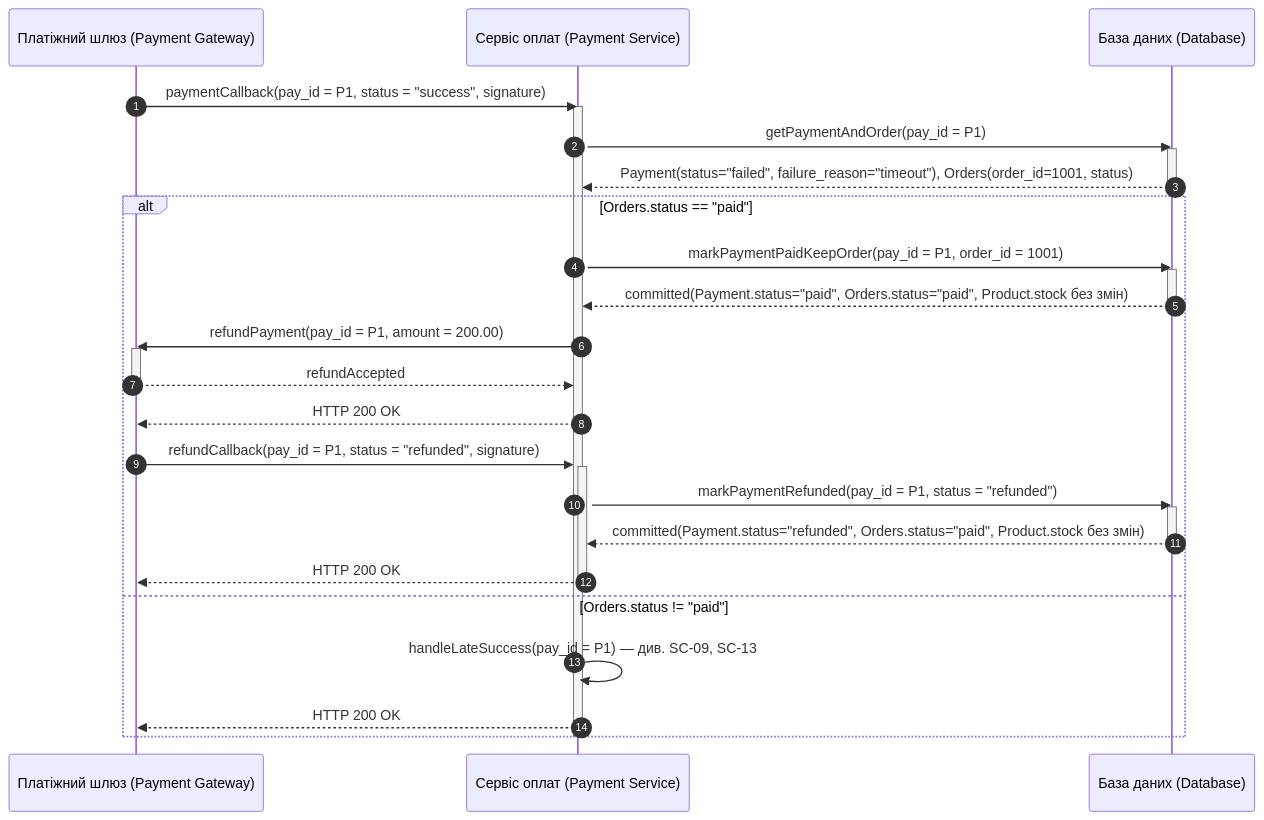
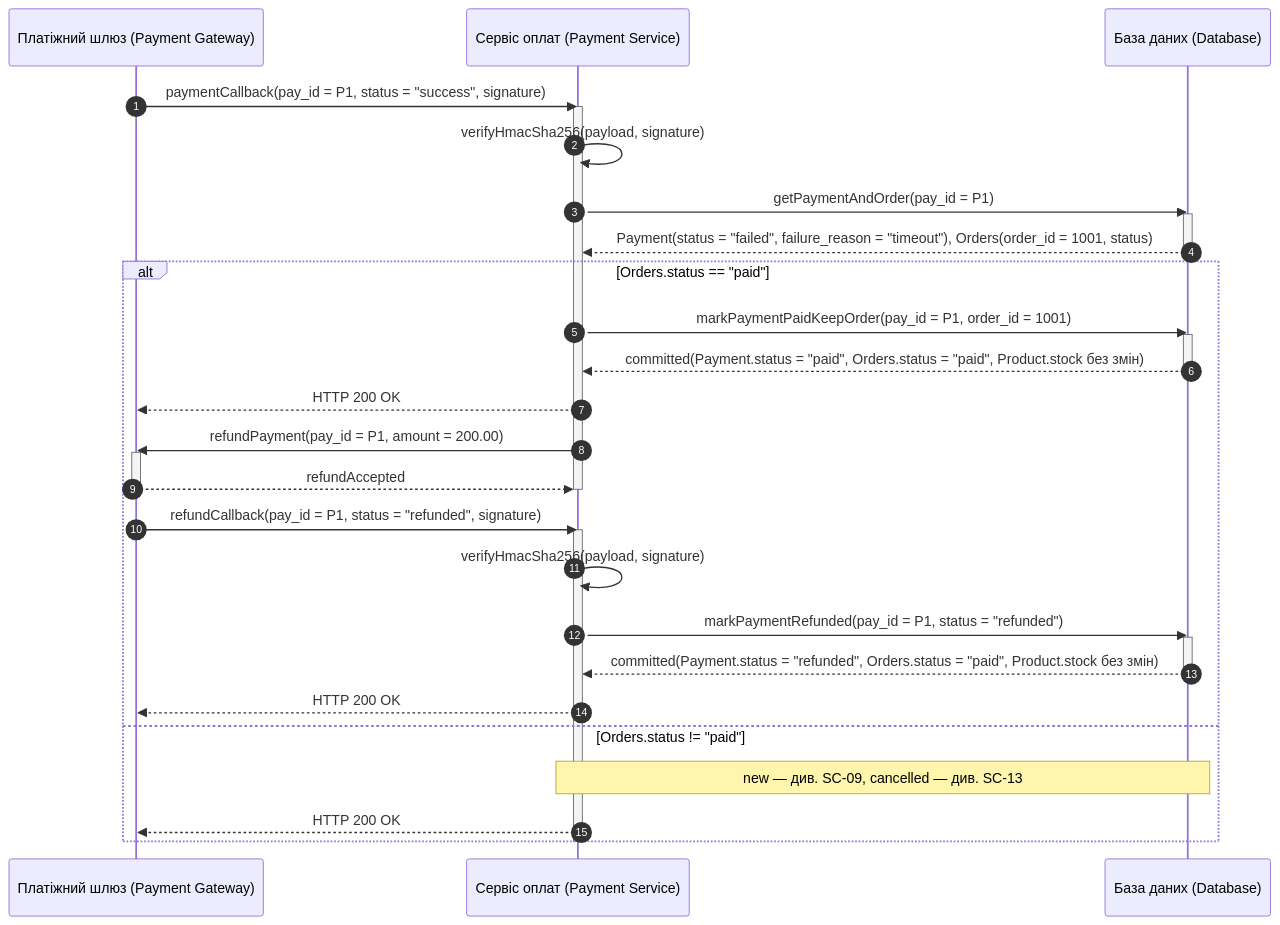
One commit to hutnichs/KPI_MAVPZ changed diagram 12 of 15 in Lab3/diagram.md. Above: the diagram before and after it, drawn with Mermaid. The commit also changed other lines of this file and 1 other file, not shown here.

Commit message:
Updated payment callback, error messages and prompt added

````diff
--- a/Lab3/diagram.md
+++ b/Lab3/diagram.md
@@ -420,40 +486,41 @@
 ```mermaid
 sequenceDiagram
     autonumber
     participant PGW as Платіжний шлюз (Payment Gateway)
     participant PS as Сервіс оплат (Payment Service)
     participant DB as База даних (Database)
 
     PGW->>PS: paymentCallback(pay_id = P1, status = "success", signature)
     activate PS
+    PS->>PS: verifyHmacSha256(payload, signature)
     PS->>DB: getPaymentAndOrder(pay_id = P1)
     activate DB
-    DB-->>PS: Payment(status="failed", failure_reason="timeout"), Orders(order_id=1001, status)
+    DB-->>PS: Payment(status = "failed", failure_reason = "timeout"), Orders(order_id = 1001, status)
     deactivate DB
 
     alt Orders.status == "paid"
         PS->>DB: markPaymentPaidKeepOrder(pay_id = P1, order_id = 1001)
         activate DB
-        DB-->>PS: committed(Payment.status="paid", Orders.status="paid", Product.stock без змін)
+        DB-->>PS: committed(Payment.status = "paid", Orders.status = "paid", Product.stock без змін)
         deactivate DB
-
+        PS-->>PGW: HTTP 200 OK
         PS->>PGW: refundPayment(pay_id = P1, amount = 200.00)
         activate PGW
         PGW-->>PS: refundAccepted
         deactivate PGW
-        PS-->>PGW: HTTP 200 OK
+        deactivate PS
 
         PGW->>PS: refundCallback(pay_id = P1, status = "refunded", signature)
         activate PS
+        PS->>PS: verifyHmacSha256(payload, signature)
         PS->>DB: markPaymentRefunded(pay_id = P1, status = "refunded")
         activate DB
-        DB-->>PS: committed(Payment.status="refunded", Orders.status="paid", Product.stock без змін)
+        DB-->>PS: committed(Payment.status = "refunded", Orders.status = "paid", Product.stock без змін)
         deactivate DB
         PS-->>PGW: HTTP 200 OK
-        deactivate PS
     else Orders.status != "paid"
-        PS->>PS: handleLateSuccess(pay_id = P1) — див. SC-09, SC-13
+        Note over PS,DB: new — див. SC-09, cancelled — див. SC-13
         PS-->>PGW: HTTP 200 OK
     end
     deactivate PS
 ```
````
